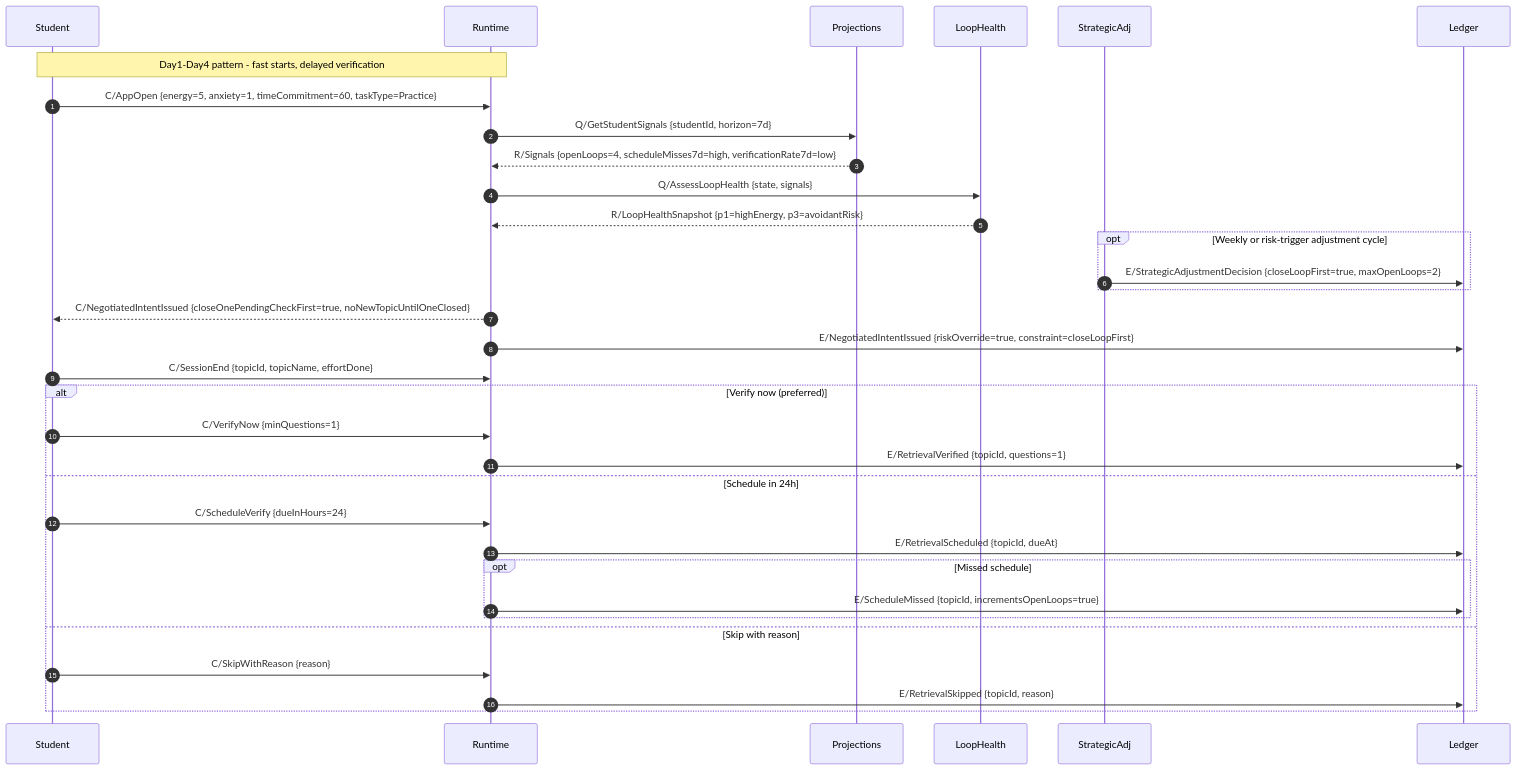
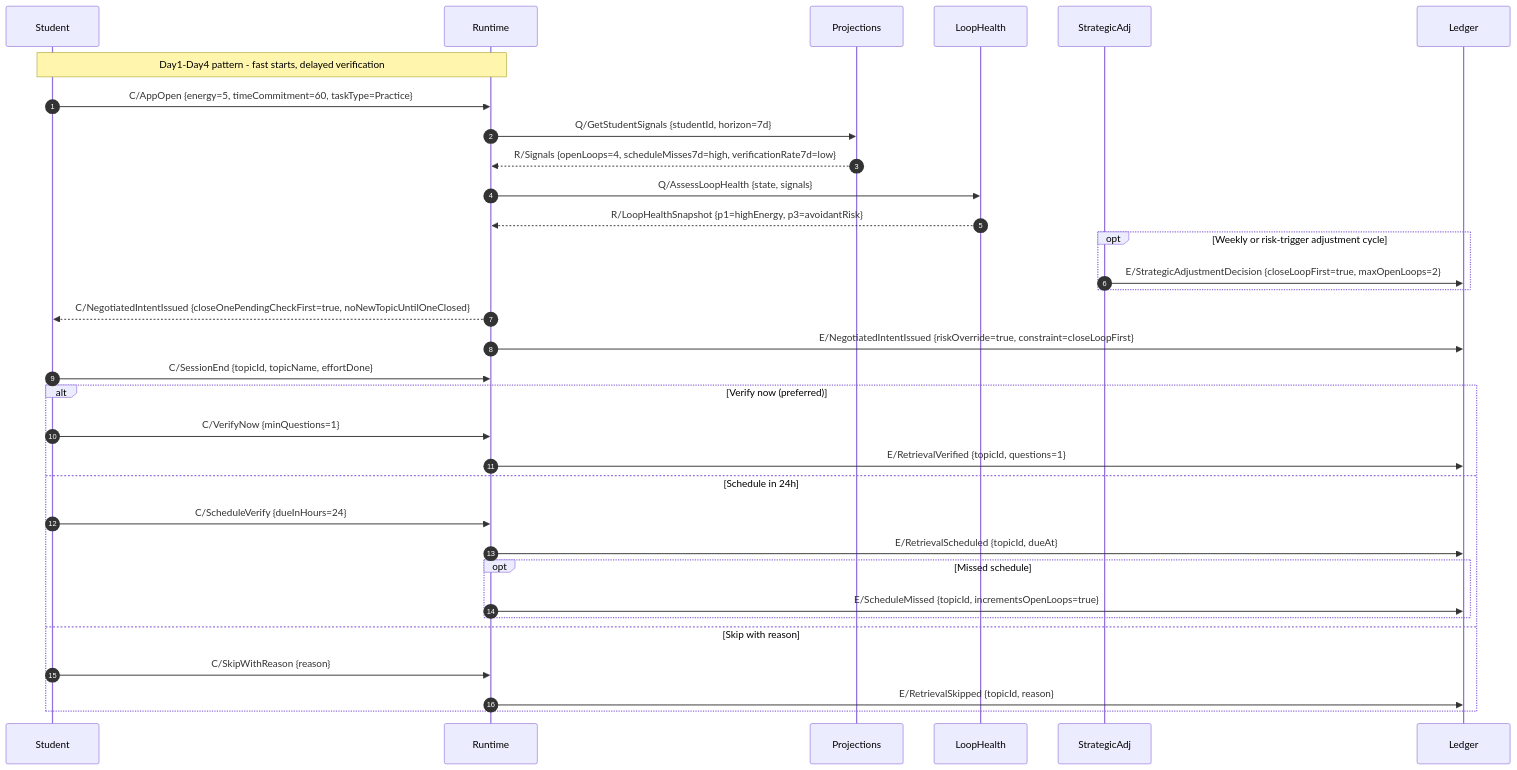
One commit to Mukul1312/ELI changed the fourth of 4 diagrams in docs/engineering-ddd-design/05-domain-message-flows-storyboards.md. Above: the diagram before and after it, drawn with Mermaid. The commit also changed other lines of this file and 47 other files, not shown here.

````diff
--- a/docs/engineering-ddd-design/05-domain-message-flows-storyboards.md
+++ b/docs/engineering-ddd-design/05-domain-message-flows-storyboards.md
@@ -180,39 +181,39 @@
 ```mermaid
 sequenceDiagram
     autonumber
     participant Student
     participant Runtime
     participant Projections
     participant LoopHealth
     participant StrategicAdj
     participant Ledger
 
     Note over Student,Runtime: Day1-Day4 pattern - fast starts, delayed verification
-    Student->>Runtime: C/AppOpen {energy=5, anxiety=1, timeCommitment=60, taskType=Practice}
+    Student->>Runtime: C/AppOpen {energy=5, timeCommitment=60, taskType=Practice}
     Runtime->>Projections: Q/GetStudentSignals {studentId, horizon=7d}
     Projections-->>Runtime: R/Signals {openLoops=4, scheduleMisses7d=high, verificationRate7d=low}
     Runtime->>LoopHealth: Q/AssessLoopHealth {state, signals}
     LoopHealth-->>Runtime: R/LoopHealthSnapshot {p1=highEnergy, p3=avoidantRisk}
 
     opt Weekly or risk-trigger adjustment cycle
         StrategicAdj->>Ledger: E/StrategicAdjustmentDecision {closeLoopFirst=true, maxOpenLoops=2}
     end
 
     Runtime-->>Student: C/NegotiatedIntentIssued {closeOnePendingCheckFirst=true, noNewTopicUntilOneClosed}
     Runtime->>Ledger: E/NegotiatedIntentIssued {riskOverride=true, constraint=closeLoopFirst}
 
     Student->>Runtime: C/SessionEnd {topicId, topicName, effortDone}
     alt Verify now (preferred)
         Student->>Runtime: C/VerifyNow {minQuestions=1}
         Runtime->>Ledger: E/RetrievalVerified {topicId, questions=1}
     else Schedule in 24h
         Student->>Runtime: C/ScheduleVerify {dueInHours=24}
         Runtime->>Ledger: E/RetrievalScheduled {topicId, dueAt}
         opt Missed schedule
             Runtime->>Ledger: E/ScheduleMissed {topicId, incrementsOpenLoops=true}
         end
     else Skip with reason
         Student->>Runtime: C/SkipWithReason {reason}
         Runtime->>Ledger: E/RetrievalSkipped {topicId, reason}
     end
 ```
````
